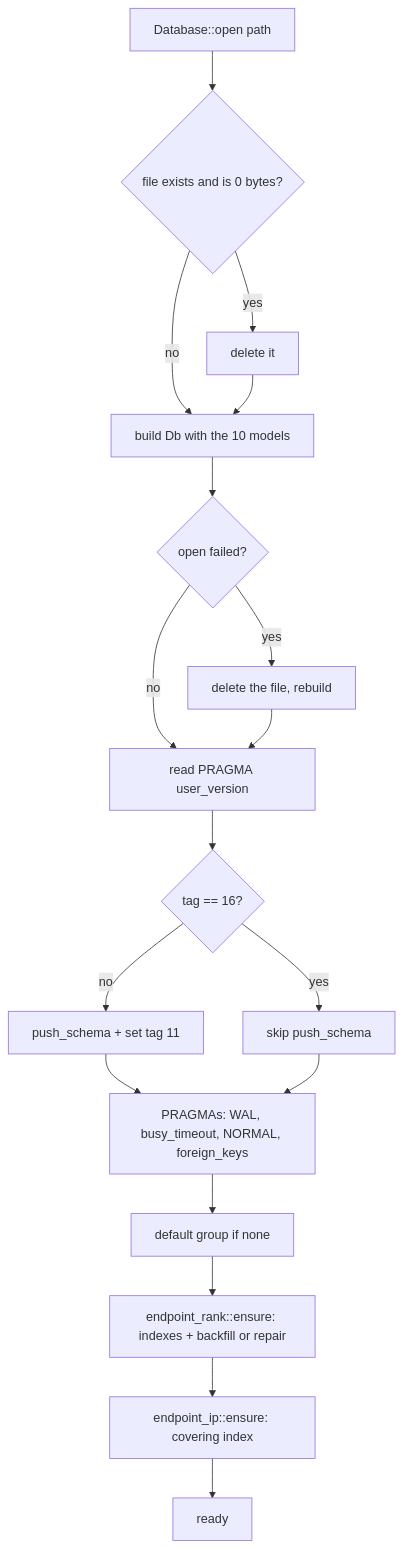
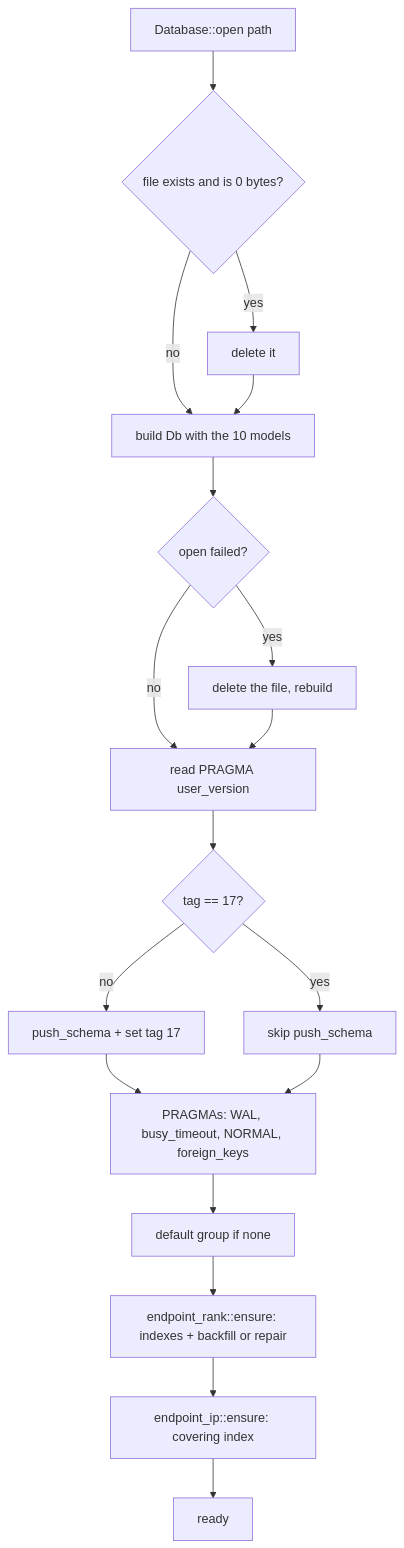
Before and after one commit to SaelKimberly/xray-tui: the second of 7 diagrams in docs/database.md, drawn with Mermaid. The commit also changed other lines of this file and 4 other files, not shown here.

First line of the commit message:
docs+test(db): schema tag 17 in AGENTS/database.md; direct-path param parity; drop unused index

````diff
--- a/docs/database.md
+++ b/docs/database.md
@@ -318,20 +318,20 @@
 ```mermaid
 flowchart TD
     A[Database::open path] --> B{file exists and is 0 bytes?}
     B -- yes --> C[delete it]
     B -- no --> D[build Db with the 10 models]
     C --> D
     D --> E{open failed?}
     E -- yes --> F[delete the file, rebuild]
     E -- no --> G[read PRAGMA user_version]
     F --> G
-    G --> H{tag == 16?}
-    H -- no --> I[push_schema + set tag 11]
+    G --> H{tag == 17?}
+    H -- no --> I[push_schema + set tag 17]
     H -- yes --> J[skip push_schema]
     I --> K[PRAGMAs: WAL, busy_timeout, NORMAL, foreign_keys]
     J --> K
     K --> L[default group if none]
     L --> M["endpoint_rank::ensure: indexes + backfill or repair"]
     M --> N["endpoint_ip::ensure: covering index"]
     N --> O[ready]
 ```
````
